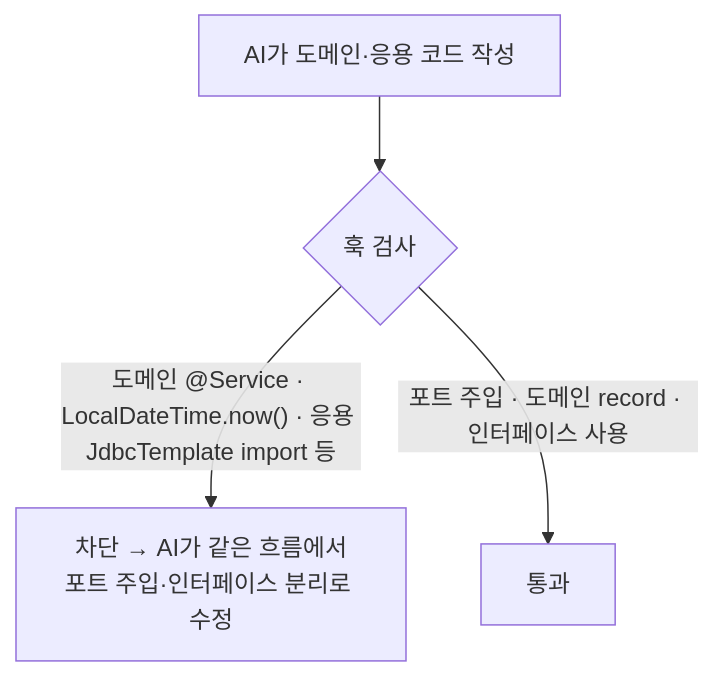
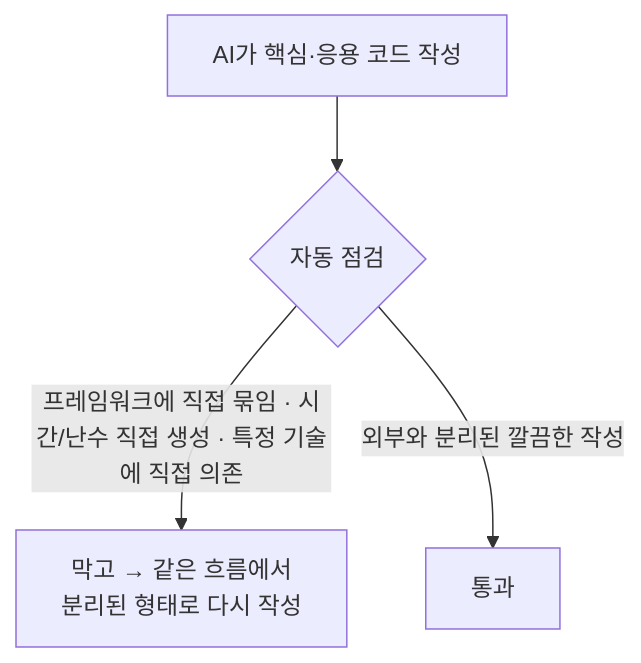
Before and after one commit to HongJungWan/opinionated-harness-template: the third of 7 diagrams in README.md, drawn with Mermaid. The commit also changed other lines of this file, not shown here.

````diff
--- a/README.md
+++ b/README.md
@@ -111,6 +95,6 @@
 ```mermaid
 flowchart TD
-    A["AI가 도메인·응용 코드 작성"] --> B{"훅 검사"}
-    B -->|"도메인 @Service · LocalDateTime.now() · 응용 JdbcTemplate import 등"| C["차단 → AI가 같은 흐름에서<br/>포트 주입·인터페이스 분리로 수정"]
-    B -->|"포트 주입 · 도메인 record · 인터페이스 사용"| D["통과"]
+    A["AI가 핵심·응용 코드 작성"] --> B{"자동 점검"}
+    B -->|"프레임워크에 직접 묶임 · 시간/난수 직접 생성 · 특정 기술에 직접 의존"| C["막고 → 같은 흐름에서<br/>분리된 형태로 다시 작성"]
+    B -->|"외부와 분리된 깔끔한 작성"| D["통과"]
 ```
````
